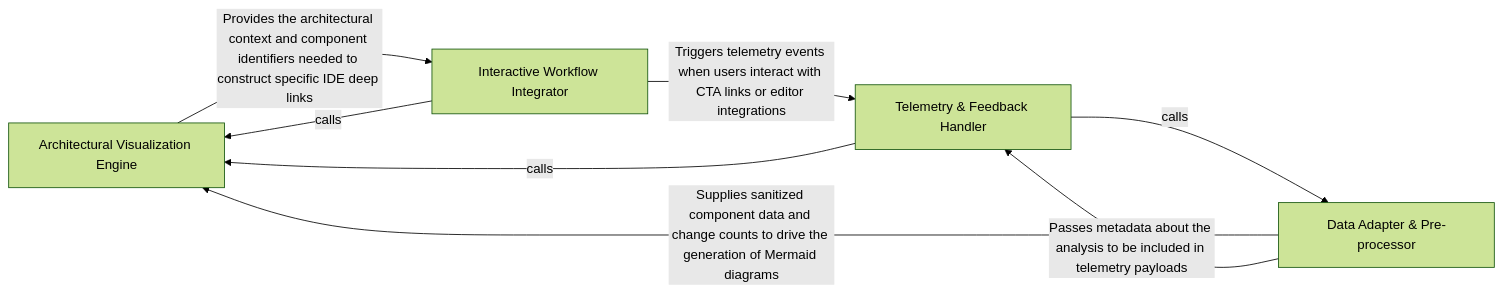
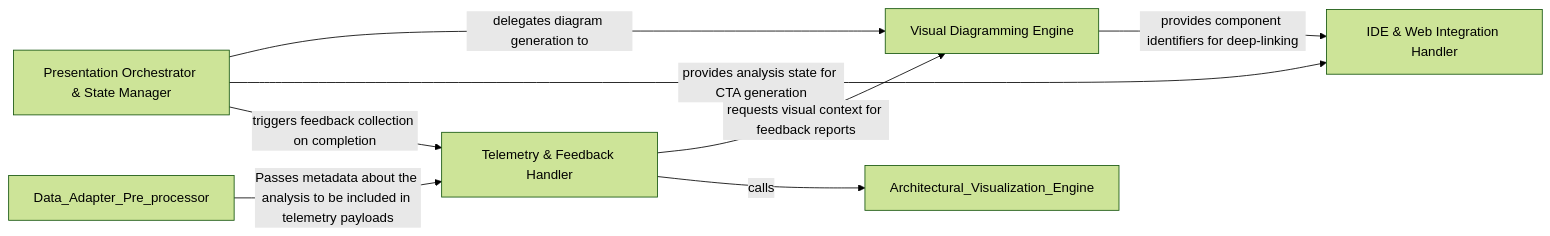
The diagram in .codeboarding/UX_Integration_Layer.md (CodeBoarding/CodeBoarding-action), drawn with Mermaid (forest theme) before and after one commit. The commit also changed other lines of this file and 10 other files, not shown here.

Commit message:
chore(codeboarding): sync architecture baseline

````diff
--- a/.codeboarding/UX_Integration_Layer.md
+++ b/.codeboarding/UX_Integration_Layer.md
@@ -1,14 +1,14 @@
 ```mermaid
 graph LR
-    Architectural_Visualization_Engine["Architectural Visualization Engine"]
-    Data_Adapter_Pre_processor["Data Adapter & Pre-processor"]
-    Interactive_Workflow_Integrator["Interactive Workflow Integrator"]
     Telemetry_Feedback_Handler["Telemetry & Feedback Handler"]
-    Data_Adapter_Pre_processor -- "Supplies sanitized component data and change counts to drive the generation of Mermaid diagrams" --> Architectural_Visualization_Engine
-    Architectural_Visualization_Engine -- "Provides the architectural context and component identifiers needed to construct specific IDE deep links" --> Interactive_Workflow_Integrator
-    Interactive_Workflow_Integrator -- "Triggers telemetry events when users interact with CTA links or editor integrations" --> Telemetry_Feedback_Handler
+    Presentation_Orchestrator_State_Manager["Presentation Orchestrator & State Manager"]
+    Visual_Diagramming_Engine["Visual Diagramming Engine"]
+    IDE_Web_Integration_Handler["IDE & Web Integration Handler"]
+    Presentation_Orchestrator_State_Manager -- "delegates diagram generation to" --> Visual_Diagramming_Engine
+    Presentation_Orchestrator_State_Manager -- "provides analysis state for CTA generation" --> IDE_Web_Integration_Handler
+    Presentation_Orchestrator_State_Manager -- "triggers feedback collection on completion" --> Telemetry_Feedback_Handler
+    Visual_Diagramming_Engine -- "provides component identifiers for deep-linking" --> IDE_Web_Integration_Handler
+    Telemetry_Feedback_Handler -- "requests visual context for feedback reports" --> Visual_Diagramming_Engine
     Data_Adapter_Pre_processor -- "Passes metadata about the analysis to be included in telemetry payloads" --> Telemetry_Feedback_Handler
-    Interactive_Workflow_Integrator -- "calls" --> Architectural_Visualization_Engine
     Telemetry_Feedback_Handler -- "calls" --> Architectural_Visualization_Engine
-    Telemetry_Feedback_Handler -- "calls" --> Data_Adapter_Pre_processor
 ```
````
